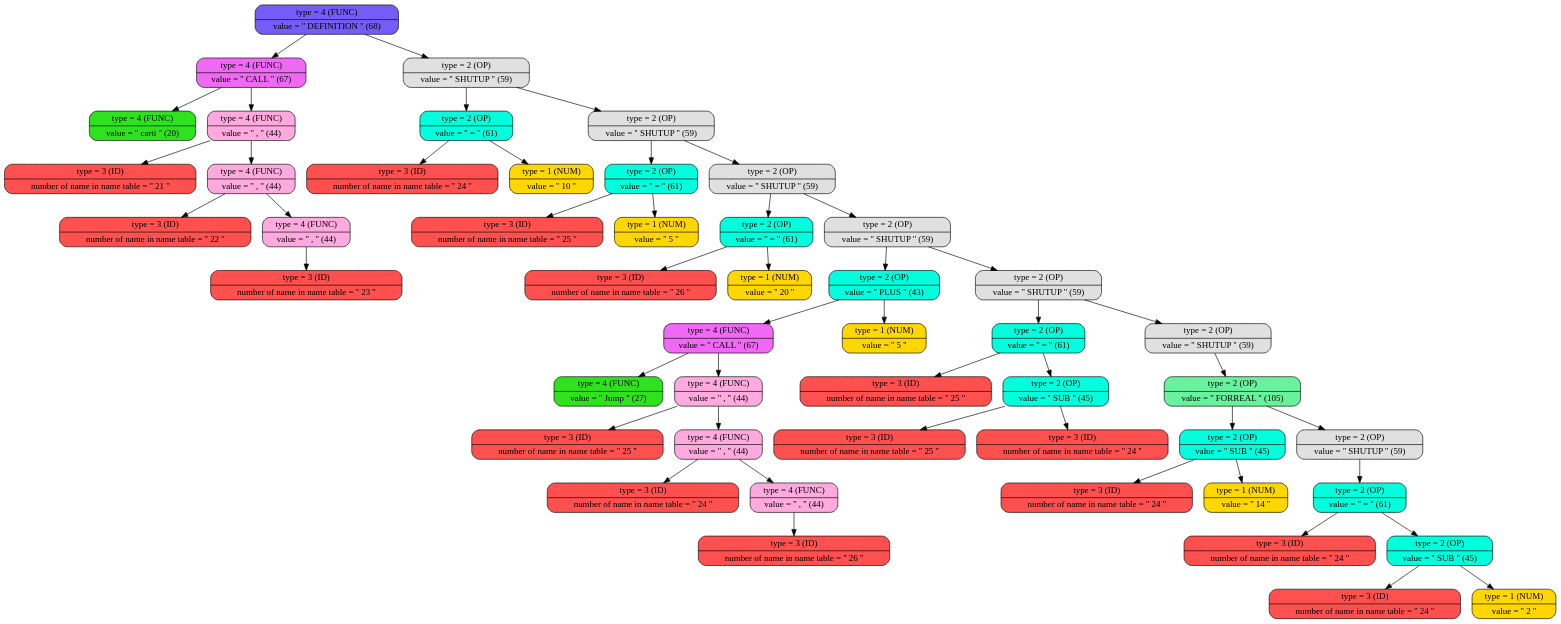
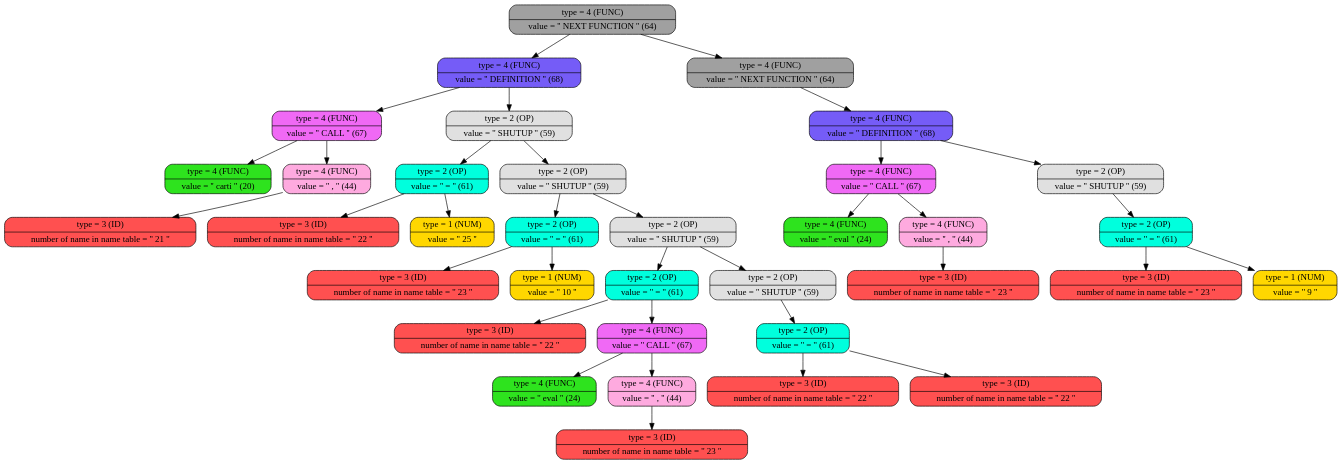
Before and after one commit to daniilgriga/MyProgrammingLanguage: the diagram in build/graph_tree.dot, drawn with Graphviz. The commit also changed 38 other files, not shown here.

```diff
--- a/build/graph_tree.dot
+++ b/build/graph_tree.dot
@@ -1,102 +1,74 @@
 digraph
 {
 bgcolor="transparent"
-node0x503000000940 [shape=Mrecord; label = " { type = 4 (FUNC) | value = '' DEFINITION ''  (68) }"; style = filled; fillcolor = "#755CF7"];
-node0x503000000940 -> node0x503000000190;
-node0x503000000940 -> node0x503000000250;
-node0x503000000190 [shape=Mrecord; label = " { type = 4 (FUNC) | value = '' CALL ''  (67) }"; style = filled; fillcolor = "#F069F5"];
-node0x503000000190 -> node0x503000000040;
-node0x503000000190 -> node0x5030000000a0;
+node0x5030000004c0 [shape=Mrecord; label = " { type = 4 (FUNC) | value = '' NEXT FUNCTION ''  (64) }"; style = filled; fillcolor = "#A0A0A0"];
+node0x5030000004c0 -> node0x503000000490;
+node0x5030000004c0 -> node0x5030000006a0;
+node0x503000000490 [shape=Mrecord; label = " { type = 4 (FUNC) | value = '' DEFINITION ''  (68) }"; style = filled; fillcolor = "#755CF7"];
+node0x503000000490 -> node0x5030000000d0;
+node0x503000000490 -> node0x503000000190;
+node0x5030000000d0 [shape=Mrecord; label = " { type = 4 (FUNC) | value = '' CALL ''  (67) }"; style = filled; fillcolor = "#F069F5"];
+node0x5030000000d0 -> node0x503000000040;
+node0x5030000000d0 -> node0x5030000000a0;
 node0x503000000040 [shape=Mrecord; label = " { type = 4 (FUNC) | value = '' carti ''  (20) }"; style = filled; fillcolor = "#2EE31E"];
 node0x5030000000a0 [shape=Mrecord; label = " { type = 4 (FUNC) | value = '' , ''  (44) }"; style = filled; fillcolor = "#FEAADF"];
 node0x5030000000a0 -> node0x503000000070;
-node0x5030000000a0 -> node0x503000000100;
 node0x503000000070 [shape=Mrecord; label = " { type = 3 (ID)   | number of name in name table = '' 21 '' }"; style = filled; fillcolor = "#FF5050"];
-node0x503000000100 [shape=Mrecord; label = " { type = 4 (FUNC) | value = '' , ''  (44) }"; style = filled; fillcolor = "#FEAADF"];
-node0x503000000100 -> node0x5030000000d0;
-node0x503000000100 -> node0x503000000160;
-node0x5030000000d0 [shape=Mrecord; label = " { type = 3 (ID)   | number of name in name table = '' 22 '' }"; style = filled; fillcolor = "#FF5050"];
-node0x503000000160 [shape=Mrecord; label = " { type = 4 (FUNC) | value = '' , ''  (44) }"; style = filled; fillcolor = "#FEAADF"];
+node0x503000000190 [shape=Mrecord; label = " { type = 2 (OP)   | value = '' SHUTUP ''  (59) }"; style = filled; fillcolor = "#E0E0E0"];
+node0x503000000190 -> node0x503000000160;
+node0x503000000190 -> node0x503000000250;
+node0x503000000160 [shape=Mrecord; label = " { type = 2 (OP)   | value = '' = ''  (61) }"; style = filled; fillcolor = "#00FFDD"];
+node0x503000000160 -> node0x503000000100;
 node0x503000000160 -> node0x503000000130;
-node0x503000000130 [shape=Mrecord; label = " { type = 3 (ID)   | number of name in name table = '' 23 '' }"; style = filled; fillcolor = "#FF5050"];
+node0x503000000100 [shape=Mrecord; label = " { type = 3 (ID)   | number of name in name table = '' 22 '' }"; style = filled; fillcolor = "#FF5050"];
+node0x503000000130 [shape=Mrecord; label = " { type = 1 (NUM)  | value = '' 25 '' }"; style = filled; fillcolor = "#FFD700"];
 node0x503000000250 [shape=Mrecord; label = " { type = 2 (OP)   | value = '' SHUTUP ''  (59) }"; style = filled; fillcolor = "#E0E0E0"];
 node0x503000000250 -> node0x503000000220;
-node0x503000000250 -> node0x503000000310;
+node0x503000000250 -> node0x5030000003a0;
 node0x503000000220 [shape=Mrecord; label = " { type = 2 (OP)   | value = '' = ''  (61) }"; style = filled; fillcolor = "#00FFDD"];
 node0x503000000220 -> node0x5030000001c0;
 node0x503000000220 -> node0x5030000001f0;
-node0x5030000001c0 [shape=Mrecord; label = " { type = 3 (ID)   | number of name in name table = '' 24 '' }"; style = filled; fillcolor = "#FF5050"];
+node0x5030000001c0 [shape=Mrecord; label = " { type = 3 (ID)   | number of name in name table = '' 23 '' }"; style = filled; fillcolor = "#FF5050"];
 node0x5030000001f0 [shape=Mrecord; label = " { type = 1 (NUM)  | value = '' 10 '' }"; style = filled; fillcolor = "#FFD700"];
-node0x503000000310 [shape=Mrecord; label = " { type = 2 (OP)   | value = '' SHUTUP ''  (59) }"; style = filled; fillcolor = "#E0E0E0"];
+node0x5030000003a0 [shape=Mrecord; label = " { type = 2 (OP)   | value = '' SHUTUP ''  (59) }"; style = filled; fillcolor = "#E0E0E0"];
+node0x5030000003a0 -> node0x503000000370;
+node0x5030000003a0 -> node0x503000000460;
+node0x503000000370 [shape=Mrecord; label = " { type = 2 (OP)   | value = '' = ''  (61) }"; style = filled; fillcolor = "#00FFDD"];
+node0x503000000370 -> node0x503000000280;
+node0x503000000370 -> node0x503000000340;
+node0x503000000280 [shape=Mrecord; label = " { type = 3 (ID)   | number of name in name table = '' 22 '' }"; style = filled; fillcolor = "#FF5050"];
+node0x503000000340 [shape=Mrecord; label = " { type = 4 (FUNC) | value = '' CALL ''  (67) }"; style = filled; fillcolor = "#F069F5"];
+node0x503000000340 -> node0x5030000002b0;
+node0x503000000340 -> node0x503000000310;
+node0x5030000002b0 [shape=Mrecord; label = " { type = 4 (FUNC) | value = '' eval ''  (24) }"; style = filled; fillcolor = "#2EE31E"];
+node0x503000000310 [shape=Mrecord; label = " { type = 4 (FUNC) | value = '' , ''  (44) }"; style = filled; fillcolor = "#FEAADF"];
 node0x503000000310 -> node0x5030000002e0;
-node0x503000000310 -> node0x5030000003d0;
-node0x5030000002e0 [shape=Mrecord; label = " { type = 2 (OP)   | value = '' = ''  (61) }"; style = filled; fillcolor = "#00FFDD"];
-node0x5030000002e0 -> node0x503000000280;
-node0x5030000002e0 -> node0x5030000002b0;
-node0x503000000280 [shape=Mrecord; label = " { type = 3 (ID)   | number of name in name table = '' 25 '' }"; style = filled; fillcolor = "#FF5050"];
-node0x5030000002b0 [shape=Mrecord; label = " { type = 1 (NUM)  | value = '' 5 '' }"; style = filled; fillcolor = "#FFD700"];
-node0x5030000003d0 [shape=Mrecord; label = " { type = 2 (OP)   | value = '' SHUTUP ''  (59) }"; style = filled; fillcolor = "#E0E0E0"];
-node0x5030000003d0 -> node0x5030000003a0;
-node0x5030000003d0 -> node0x5030000005e0;
-node0x5030000003a0 [shape=Mrecord; label = " { type = 2 (OP)   | value = '' = ''  (61) }"; style = filled; fillcolor = "#00FFDD"];
-node0x5030000003a0 -> node0x503000000340;
-node0x5030000003a0 -> node0x503000000370;
-node0x503000000340 [shape=Mrecord; label = " { type = 3 (ID)   | number of name in name table = '' 26 '' }"; style = filled; fillcolor = "#FF5050"];
-node0x503000000370 [shape=Mrecord; label = " { type = 1 (NUM)  | value = '' 20 '' }"; style = filled; fillcolor = "#FFD700"];
-node0x5030000005e0 [shape=Mrecord; label = " { type = 2 (OP)   | value = '' SHUTUP ''  (59) }"; style = filled; fillcolor = "#E0E0E0"];
-node0x5030000005e0 -> node0x5030000005b0;
-node0x5030000005e0 -> node0x503000000700;
-node0x5030000005b0 [shape=Mrecord; label = " { type = 2 (OP)   | value = '' PLUS ''  (43) }"; style = filled; fillcolor = "#00FFDD"];
-node0x5030000005b0 -> node0x503000000550;
-node0x5030000005b0 -> node0x503000000580;
-node0x503000000550 [shape=Mrecord; label = " { type = 4 (FUNC) | value = '' CALL ''  (67) }"; style = filled; fillcolor = "#F069F5"];
-node0x503000000550 -> node0x503000000400;
-node0x503000000550 -> node0x503000000460;
-node0x503000000400 [shape=Mrecord; label = " { type = 4 (FUNC) | value = '' Jump ''  (27) }"; style = filled; fillcolor = "#2EE31E"];
-node0x503000000460 [shape=Mrecord; label = " { type = 4 (FUNC) | value = '' , ''  (44) }"; style = filled; fillcolor = "#FEAADF"];
+node0x5030000002e0 [shape=Mrecord; label = " { type = 3 (ID)   | number of name in name table = '' 23 '' }"; style = filled; fillcolor = "#FF5050"];
+node0x503000000460 [shape=Mrecord; label = " { type = 2 (OP)   | value = '' SHUTUP ''  (59) }"; style = filled; fillcolor = "#E0E0E0"];
 node0x503000000460 -> node0x503000000430;
-node0x503000000460 -> node0x5030000004c0;
-node0x503000000430 [shape=Mrecord; label = " { type = 3 (ID)   | number of name in name table = '' 25 '' }"; style = filled; fillcolor = "#FF5050"];
-node0x5030000004c0 [shape=Mrecord; label = " { type = 4 (FUNC) | value = '' , ''  (44) }"; style = filled; fillcolor = "#FEAADF"];
-node0x5030000004c0 -> node0x503000000490;
-node0x5030000004c0 -> node0x503000000520;
-node0x503000000490 [shape=Mrecord; label = " { type = 3 (ID)   | number of name in name table = '' 24 '' }"; style = filled; fillcolor = "#FF5050"];
-node0x503000000520 [shape=Mrecord; label = " { type = 4 (FUNC) | value = '' , ''  (44) }"; style = filled; fillcolor = "#FEAADF"];
-node0x503000000520 -> node0x5030000004f0;
-node0x5030000004f0 [shape=Mrecord; label = " { type = 3 (ID)   | number of name in name table = '' 26 '' }"; style = filled; fillcolor = "#FF5050"];
-node0x503000000580 [shape=Mrecord; label = " { type = 1 (NUM)  | value = '' 5 '' }"; style = filled; fillcolor = "#FFD700"];
-node0x503000000700 [shape=Mrecord; label = " { type = 2 (OP)   | value = '' SHUTUP ''  (59) }"; style = filled; fillcolor = "#E0E0E0"];
-node0x503000000700 -> node0x5030000006d0;
-node0x503000000700 -> node0x503000000910;
-node0x5030000006d0 [shape=Mrecord; label = " { type = 2 (OP)   | value = '' = ''  (61) }"; style = filled; fillcolor = "#00FFDD"];
-node0x5030000006d0 -> node0x503000000610;
-node0x5030000006d0 -> node0x5030000006a0;
-node0x503000000610 [shape=Mrecord; label = " { type = 3 (ID)   | number of name in name table = '' 25 '' }"; style = filled; fillcolor = "#FF5050"];
-node0x5030000006a0 [shape=Mrecord; label = " { type = 2 (OP)   | value = '' SUB ''  (45) }"; style = filled; fillcolor = "#00FFDD"];
-node0x5030000006a0 -> node0x503000000640;
+node0x503000000430 [shape=Mrecord; label = " { type = 2 (OP)   | value = '' = ''  (61) }"; style = filled; fillcolor = "#00FFDD"];
+node0x503000000430 -> node0x5030000003d0;
+node0x503000000430 -> node0x503000000400;
+node0x5030000003d0 [shape=Mrecord; label = " { type = 3 (ID)   | number of name in name table = '' 22 '' }"; style = filled; fillcolor = "#FF5050"];
+node0x503000000400 [shape=Mrecord; label = " { type = 3 (ID)   | number of name in name table = '' 22 '' }"; style = filled; fillcolor = "#FF5050"];
+node0x5030000006a0 [shape=Mrecord; label = " { type = 4 (FUNC) | value = '' NEXT FUNCTION ''  (64) }"; style = filled; fillcolor = "#A0A0A0"];
 node0x5030000006a0 -> node0x503000000670;
-node0x503000000640 [shape=Mrecord; label = " { type = 3 (ID)   | number of name in name table = '' 25 '' }"; style = filled; fillcolor = "#FF5050"];
-node0x503000000670 [shape=Mrecord; label = " { type = 3 (ID)   | number of name in name table = '' 24 '' }"; style = filled; fillcolor = "#FF5050"];
-node0x503000000910 [shape=Mrecord; label = " { type = 2 (OP)   | value = '' SHUTUP ''  (59) }"; style = filled; fillcolor = "#E0E0E0"];
-node0x503000000910 -> node0x5030000008e0;
-node0x5030000008e0 [shape=Mrecord; label = " { type = 2 (OP)   | value = '' FORREAL ''  (105) }"; style = filled; fillcolor = "#68F29D"];
-node0x5030000008e0 -> node0x503000000790;
-node0x5030000008e0 -> node0x5030000008b0;
-node0x503000000790 [shape=Mrecord; label = " { type = 2 (OP)   | value = '' SUB ''  (45) }"; style = filled; fillcolor = "#00FFDD"];
-node0x503000000790 -> node0x503000000730;
-node0x503000000790 -> node0x503000000760;
-node0x503000000730 [shape=Mrecord; label = " { type = 3 (ID)   | number of name in name table = '' 24 '' }"; style = filled; fillcolor = "#FF5050"];
-node0x503000000760 [shape=Mrecord; label = " { type = 1 (NUM)  | value = '' 14 '' }"; style = filled; fillcolor = "#FFD700"];
-node0x5030000008b0 [shape=Mrecord; label = " { type = 2 (OP)   | value = '' SHUTUP ''  (59) }"; style = filled; fillcolor = "#E0E0E0"];
-node0x5030000008b0 -> node0x503000000880;
-node0x503000000880 [shape=Mrecord; label = " { type = 2 (OP)   | value = '' = ''  (61) }"; style = filled; fillcolor = "#00FFDD"];
-node0x503000000880 -> node0x5030000007c0;
-node0x503000000880 -> node0x503000000850;
-node0x5030000007c0 [shape=Mrecord; label = " { type = 3 (ID)   | number of name in name table = '' 24 '' }"; style = filled; fillcolor = "#FF5050"];
-node0x503000000850 [shape=Mrecord; label = " { type = 2 (OP)   | value = '' SUB ''  (45) }"; style = filled; fillcolor = "#00FFDD"];
-node0x503000000850 -> node0x5030000007f0;
-node0x503000000850 -> node0x503000000820;
-node0x5030000007f0 [shape=Mrecord; label = " { type = 3 (ID)   | number of name in name table = '' 24 '' }"; style = filled; fillcolor = "#FF5050"];
-node0x503000000820 [shape=Mrecord; label = " { type = 1 (NUM)  | value = '' 2 '' }"; style = filled; fillcolor = "#FFD700"];
+node0x503000000670 [shape=Mrecord; label = " { type = 4 (FUNC) | value = '' DEFINITION ''  (68) }"; style = filled; fillcolor = "#755CF7"];
+node0x503000000670 -> node0x503000000580;
+node0x503000000670 -> node0x503000000640;
+node0x503000000580 [shape=Mrecord; label = " { type = 4 (FUNC) | value = '' CALL ''  (67) }"; style = filled; fillcolor = "#F069F5"];
+node0x503000000580 -> node0x5030000004f0;
+node0x503000000580 -> node0x503000000550;
+node0x5030000004f0 [shape=Mrecord; label = " { type = 4 (FUNC) | value = '' eval ''  (24) }"; style = filled; fillcolor = "#2EE31E"];
+node0x503000000550 [shape=Mrecord; label = " { type = 4 (FUNC) | value = '' , ''  (44) }"; style = filled; fillcolor = "#FEAADF"];
+node0x503000000550 -> node0x503000000520;
+node0x503000000520 [shape=Mrecord; label = " { type = 3 (ID)   | number of name in name table = '' 23 '' }"; style = filled; fillcolor = "#FF5050"];
+node0x503000000640 [shape=Mrecord; label = " { type = 2 (OP)   | value = '' SHUTUP ''  (59) }"; style = filled; fillcolor = "#E0E0E0"];
+node0x503000000640 -> node0x503000000610;
+node0x503000000610 [shape=Mrecord; label = " { type = 2 (OP)   | value = '' = ''  (61) }"; style = filled; fillcolor = "#00FFDD"];
+node0x503000000610 -> node0x5030000005b0;
+node0x503000000610 -> node0x5030000005e0;
+node0x5030000005b0 [shape=Mrecord; label = " { type = 3 (ID)   | number of name in name table = '' 23 '' }"; style = filled; fillcolor = "#FF5050"];
+node0x5030000005e0 [shape=Mrecord; label = " { type = 1 (NUM)  | value = '' 9 '' }"; style = filled; fillcolor = "#FFD700"];
 
 }
```
